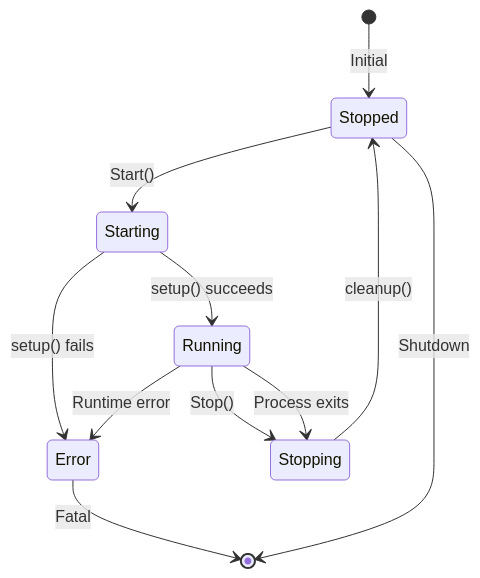
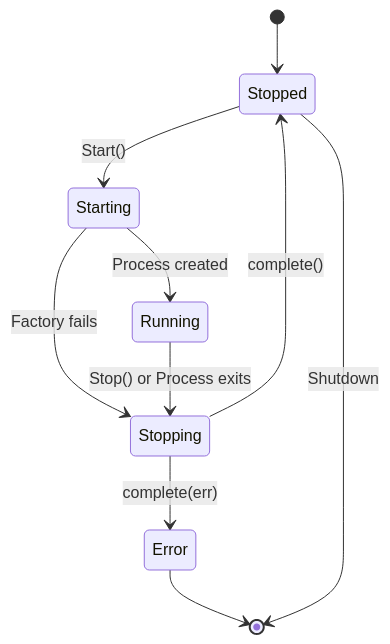
The diagram in docs/worker-fsm.md (krsna1729/go-mls), drawn with Mermaid before and after one commit. The commit also changed other lines of this file, not shown here.

````diff
--- a/docs/worker-fsm.md
+++ b/docs/worker-fsm.md
@@ -53,17 +147,16 @@
 ```mermaid
 stateDiagram-v2
-    [*] --> Stopped: Initial
+    [*] --> Stopped
 
     Stopped --> Starting: Start()
-    Starting --> Running: setup() succeeds
-    Starting --> Error: setup() fails
+    Starting --> Running: Process created
+    Starting --> Stopping: Factory fails
 
-    Running --> Stopping: Stop()
-    Running --> Stopping: Process exits
-    Running --> Error: Runtime error
+    Running --> Stopping: Stop() or Process exits
 
-    Stopping --> Stopped: cleanup()
-    Error --> [*]: Fatal
+    Stopping --> Stopped: complete()
+    Stopping --> Error: complete(err)
 
+    Error --> [*]
     Stopped --> [*]: Shutdown
 ```
````
